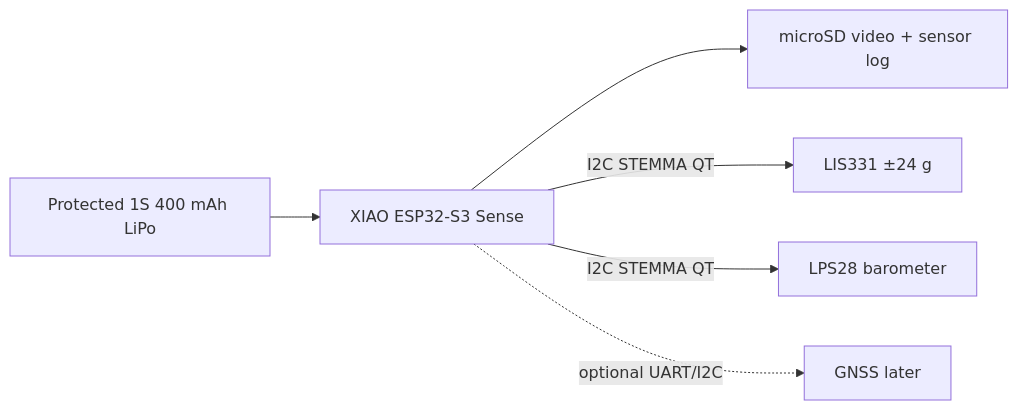
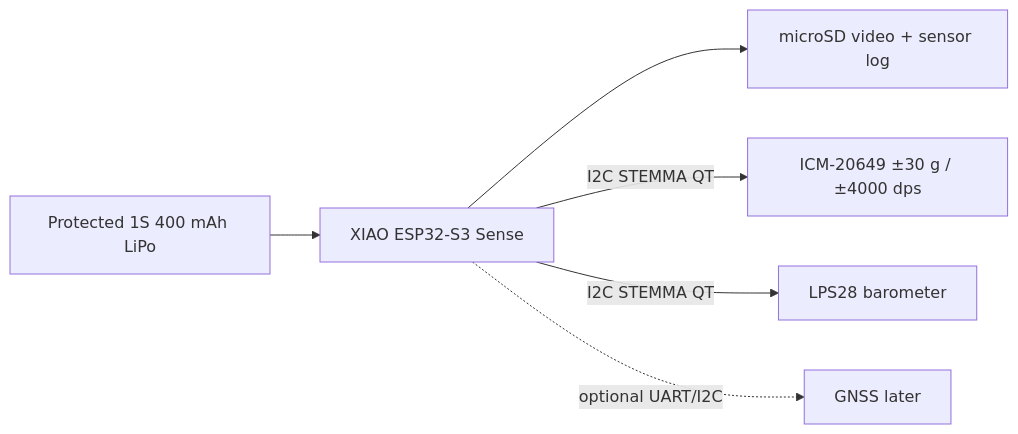
The first of 2 diagrams in docs/AVIONICS_DESIGN.md (BrentWilkins/rocket-workbench), drawn with Mermaid before and after one commit. The commit also changed other lines of this file and 7 other files, not shown here.

First line of the commit message:
Swap avionics IMU to ICM-20649 and record the placed order

````diff
--- a/docs/AVIONICS_DESIGN.md
+++ b/docs/AVIONICS_DESIGN.md
@@ -75,8 +76,8 @@
 ```mermaid
 flowchart LR
     Battery[Protected 1S 400 mAh LiPo] --> XIAO[XIAO ESP32-S3 Sense]
     XIAO --> SD[microSD video + sensor log]
-    XIAO -->|I2C STEMMA QT| LIS[LIS331 ±24 g]
+    XIAO -->|I2C STEMMA QT| IMU[ICM-20649 ±30 g / ±4000 dps]
     XIAO -->|I2C STEMMA QT| LPS[LPS28 barometer]
     XIAO -. optional UART/I2C .-> GPS[GNSS later]
 ```
````
